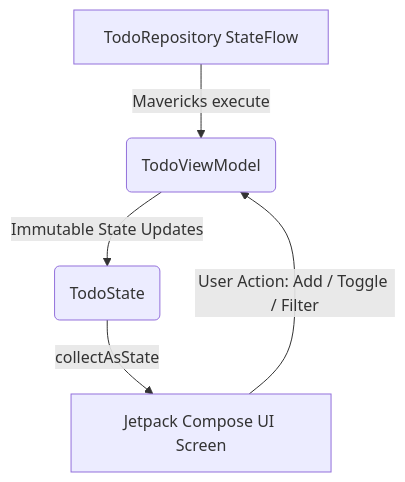
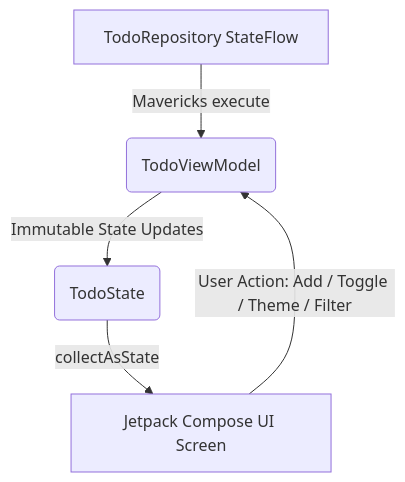
Before and after one commit to KarthikMachaiah/todoapp: the diagram in README.md, drawn with Mermaid. The commit also changed other lines of this file, not shown here.

Commit message:
Update README with Dark/Light theme, Zomato motion transitions, app icon, and SplashScreen details

````diff
--- a/README.md
+++ b/README.md
@@ -39,7 +44,7 @@
 ```mermaid
 graph TD
     A[TodoRepository StateFlow] -->|Mavericks execute| B(TodoViewModel)
     B -->|Immutable State Updates| C(TodoState)
     C -->|collectAsState| D[Jetpack Compose UI Screen]
-    D -->|User Action: Add / Toggle / Filter| B
+    D -->|User Action: Add / Toggle / Theme / Filter| B
 ```
````
